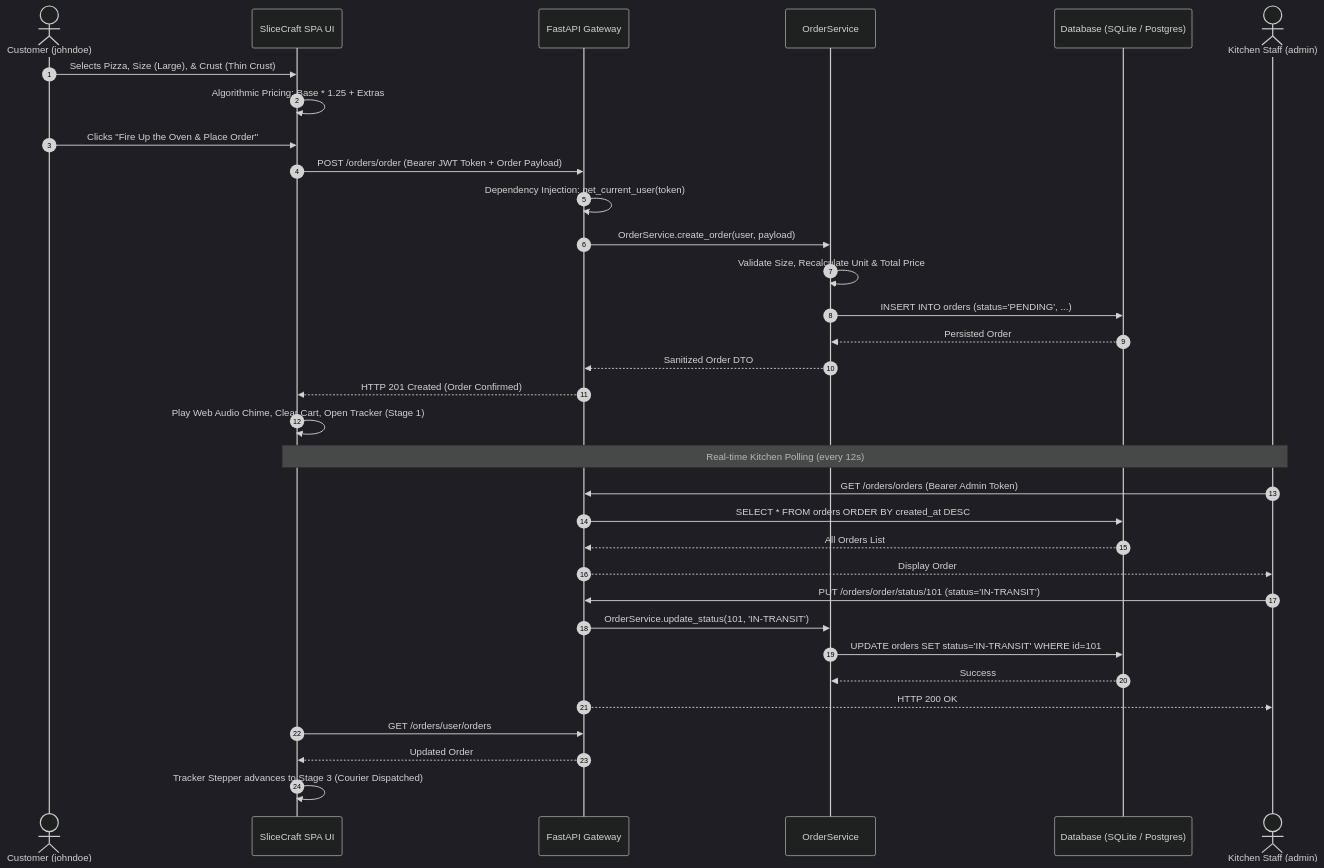
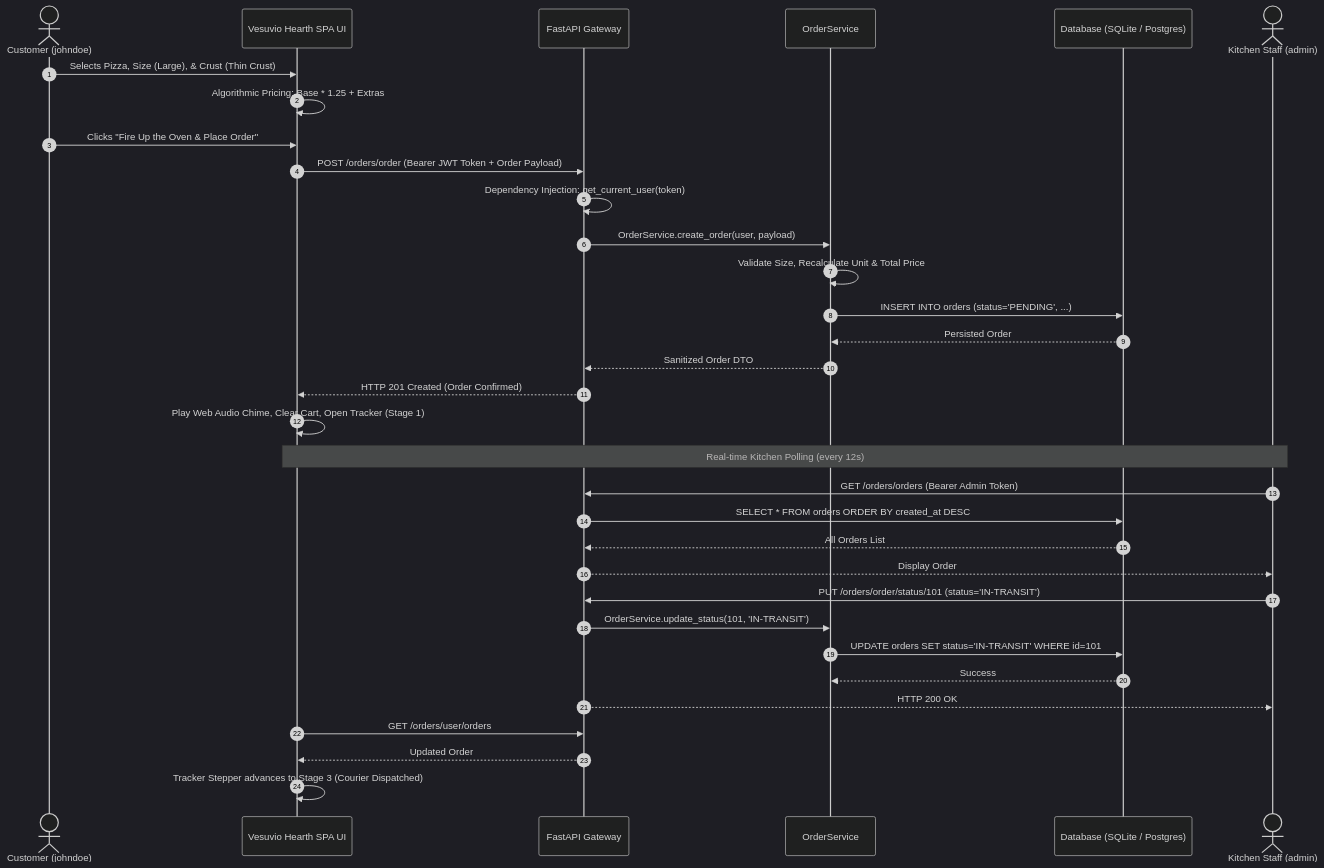
The second of 3 diagrams in decisions.md (vaibhav2616/Pizza-Delivery-API), drawn with Mermaid (dark theme) before and after one commit. The commit also changed other lines of this file and 1 other file, not shown here.

Commit message:
docs: update Architecture Decision Record and README with Vesuvio Hearth brand specs

````diff
--- a/decisions.md
+++ b/decisions.md
@@ -106,39 +106,39 @@
 ```mermaid
 sequenceDiagram
     autonumber
     actor Customer as Customer (johndoe)
-    participant UI as SliceCraft SPA UI
+    participant UI as Vesuvio Hearth SPA UI
     participant API as FastAPI Gateway
     participant Svc as OrderService
     participant DB as Database (SQLite / Postgres)
     actor Kitchen as Kitchen Staff (admin)
 
     Customer->>UI: Selects Pizza, Size (Large), & Crust (Thin Crust)
     UI->>UI: Algorithmic Pricing: Base * 1.25 + Extras
     Customer->>UI: Clicks "Fire Up the Oven & Place Order"
     UI->>API: POST /orders/order (Bearer JWT Token + Order Payload)
     API->>API: Dependency Injection: get_current_user(token)
     API->>Svc: OrderService.create_order(user, payload)
     Svc->>Svc: Validate Size, Recalculate Unit & Total Price
     Svc->>DB: INSERT INTO orders (status='PENDING', ...)
     DB-->>Svc: Persisted Order #101
     Svc-->>API: Sanitized Order DTO
     API-->>UI: HTTP 201 Created (Order Confirmed)
     UI->>UI: Play Web Audio Chime, Clear Cart, Open Tracker (Stage 1)
 
     Note over UI,Kitchen: Real-time Kitchen Polling (every 12s)
     Kitchen->>API: GET /orders/orders (Bearer Admin Token)
     API->>DB: SELECT * FROM orders ORDER BY created_at DESC
     DB-->>API: All Orders List
     API-->>Kitchen: Display Order #101 on Kitchen Dispatch Board
 
     Kitchen->>API: PUT /orders/order/status/101 (status='IN-TRANSIT')
     API->>Svc: OrderService.update_status(101, 'IN-TRANSIT')
     Svc->>DB: UPDATE orders SET status='IN-TRANSIT' WHERE id=101
     DB-->>Svc: Success
     API-->>Kitchen: HTTP 200 OK
 
     UI->>API: GET /orders/user/orders
     API-->>UI: Updated Order #101 status='IN-TRANSIT'
     UI->>UI: Tracker Stepper advances to Stage 3 (Courier Dispatched)
 ```
````
